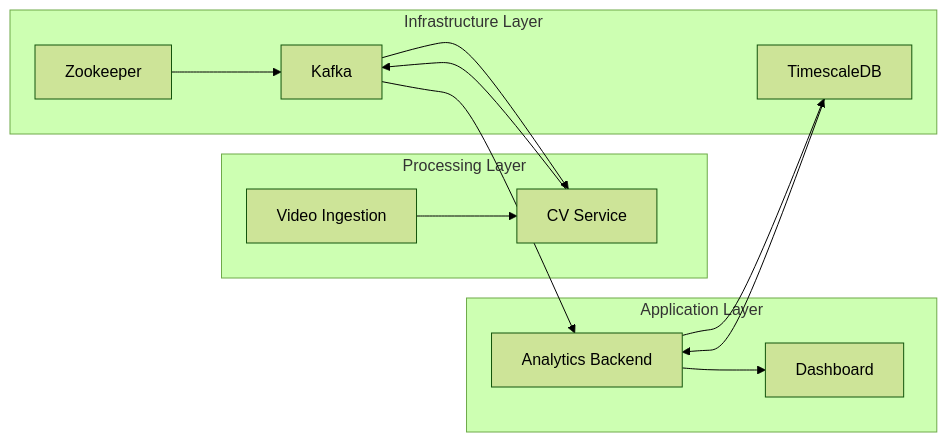
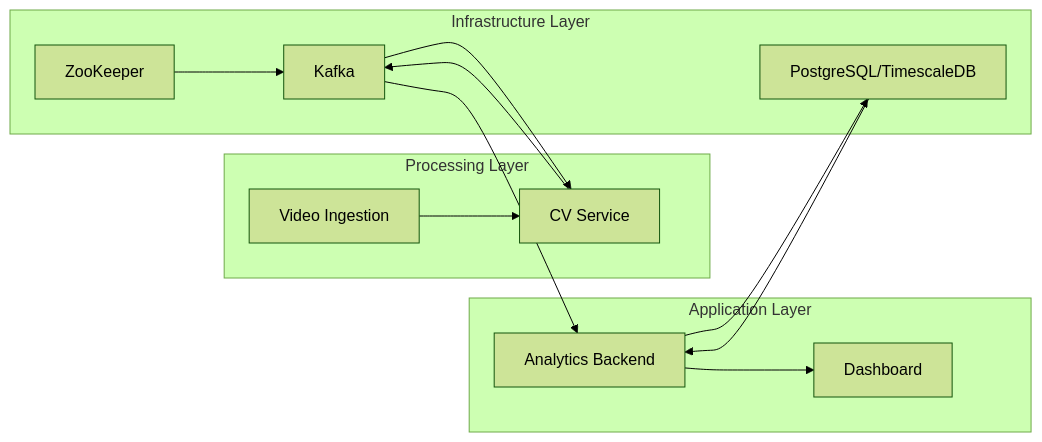
The third of 3 diagrams in .qoder/repowiki/en/content/Deployment Guide.md (Azzoz-189/construction-equipment-monitoring), drawn with Mermaid (forest theme) before and after one commit. The commit also changed other lines of this file and 5 other files, not shown here.

````diff
--- a/.qoder/repowiki/en/content/Deployment Guide.md
+++ b/.qoder/repowiki/en/content/Deployment Guide.md
@@ -298,24 +296,24 @@
 ```mermaid
 graph LR
 subgraph "Infrastructure Layer"
-ZK["Zookeeper"]
+ZK["ZooKeeper"]
 KF["Kafka"]
-PG["TimescaleDB"]
+PG["PostgreSQL/TimescaleDB"]
 end
 subgraph "Processing Layer"
 CV["CV Service"]
 VI["Video Ingestion"]
 end
 subgraph "Application Layer"
 AB["Analytics Backend"]
 DB["Dashboard"]
 end
 ZK --> KF
 KF --> CV
 KF --> AB
 PG --> AB
 VI --> CV
 CV --> KF
 AB --> PG
 AB --> DB
 ```
````
